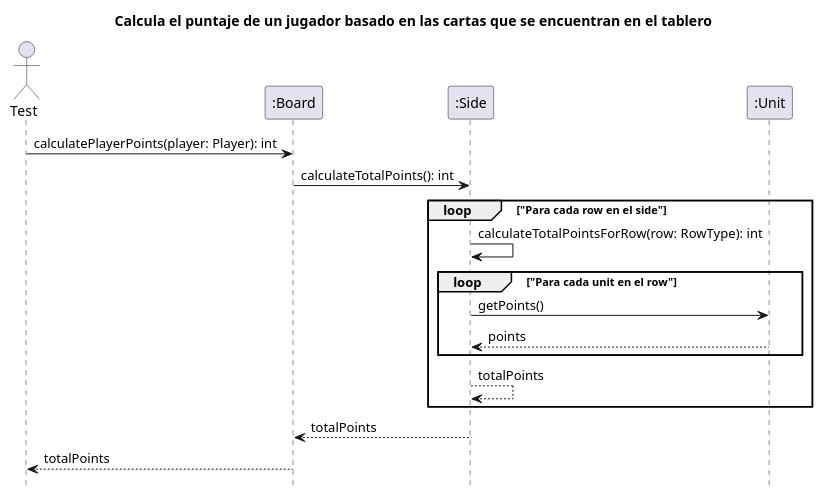
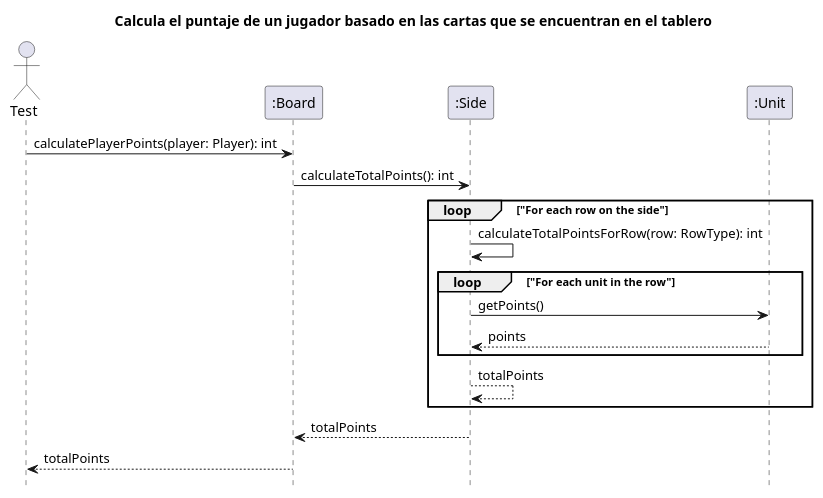
One commit to Yonhir/algo3_proyecto_base_tp2 changed the diagram in seq1.plantuml. Above: the diagram before and after it, drawn with PlantUML. The commit also changed 1 other file, not shown here.

```diff
--- a/seq1.plantuml
+++ b/seq1.plantuml
@@ -1,31 +1,31 @@
 @startuml DiagramaDeSecuencia1
 
 hide footbox
 
 title: Calcula el puntaje de un jugador basado en las cartas que se encuentran en el tablero
 
 actor Test as test
 
 participant ":Board" as board
 participant ":Side" as side
 participant ":Unit" as unit
 
 
 test -> board : calculatePlayerPoints(player: Player): int
 board -> side : calculateTotalPoints(): int
 
-loop "Para cada row en el side" 
+loop "For each row on the side" 
     side -> side : calculateTotalPointsForRow(row: RowType): int
 
-    loop "Para cada unit en el row"
+    loop "For each unit in the row"
         side -> unit : getPoints()
         unit --> side : points
     end
     side --> side : totalPoints
 end
 
 side --> board : totalPoints
 
 board --> test : totalPoints
 
 @enduml
```
